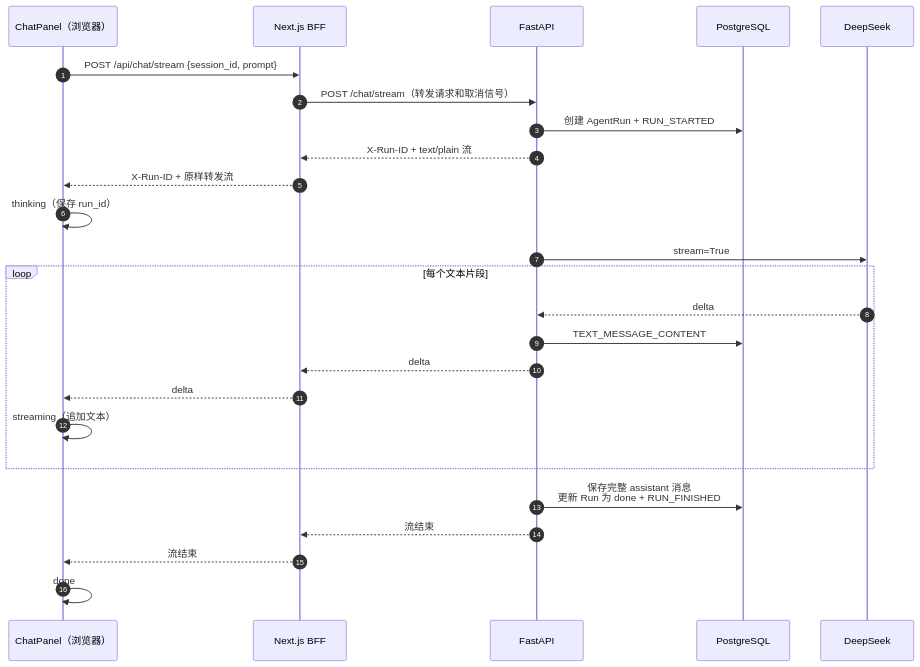
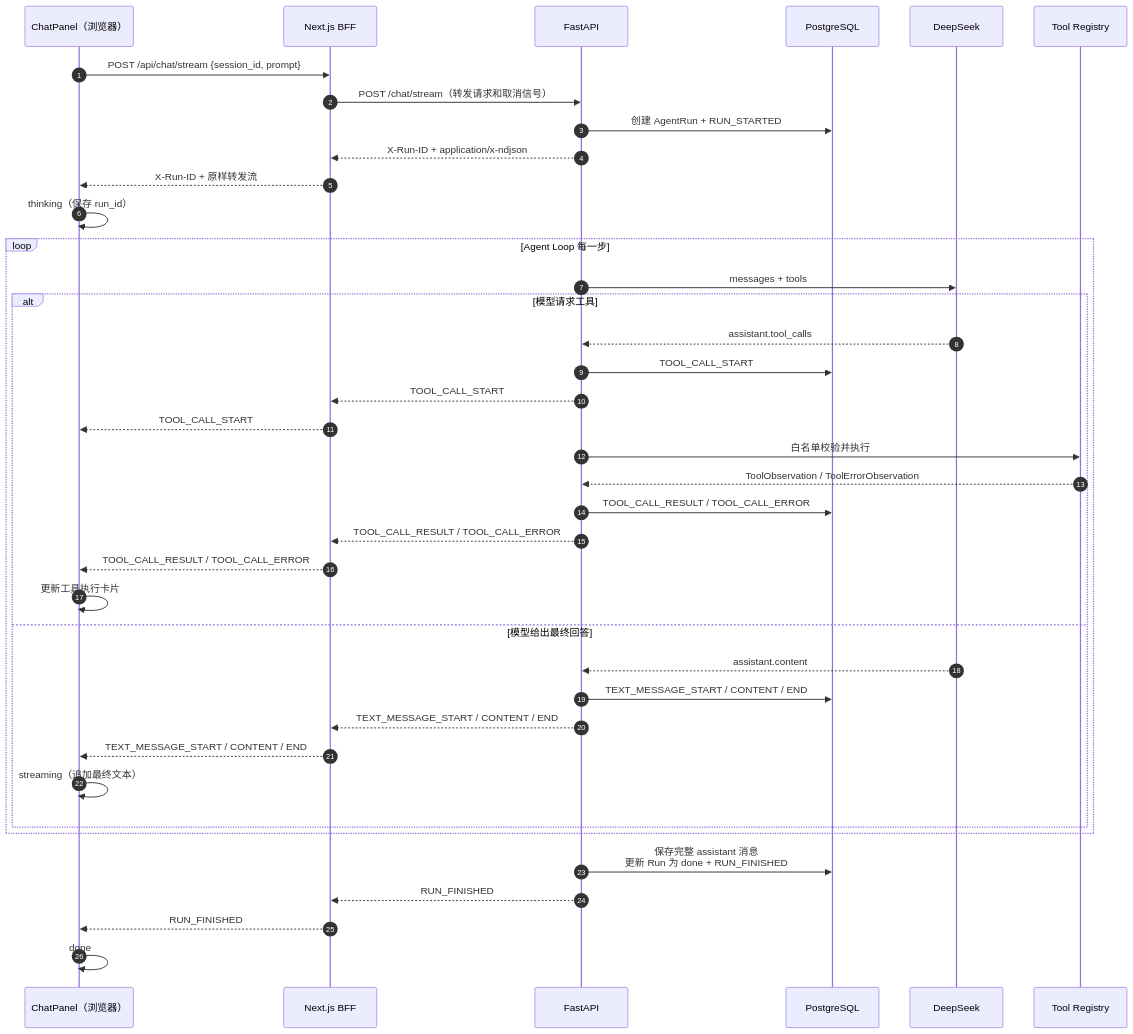
One commit to wxc4234/ai-agent-learning-lab changed the second of 5 diagrams in docs/architecture.md. Above: the diagram before and after it, drawn with Mermaid. The commit also changed other lines of this file and 18 other files, not shown here.

Commit message:
feat: stream agent runtime events to chat UI

````diff
--- a/docs/architecture.md
+++ b/docs/architecture.md
@@ -26,30 +26,44 @@
 ```mermaid
 sequenceDiagram
     autonumber
     participant UI as ChatPanel（浏览器）
     participant BFF as Next.js BFF
     participant API as FastAPI
     participant DB as PostgreSQL
     participant LLM as DeepSeek
+    participant Tool as Tool Registry
 
     UI->>BFF: POST /api/chat/stream {session_id, prompt}
     BFF->>API: POST /chat/stream（转发请求和取消信号）
     API->>DB: 创建 AgentRun + RUN_STARTED
-    API-->>BFF: X-Run-ID + text/plain 流
+    API-->>BFF: X-Run-ID + application/x-ndjson
     BFF-->>UI: X-Run-ID + 原样转发流
     UI->>UI: thinking（保存 run_id）
 
-    API->>LLM: stream=True
-    loop 每个文本片段
-        LLM-->>API: delta
-        API->>DB: TEXT_MESSAGE_CONTENT
-        API-->>BFF: delta
-        BFF-->>UI: delta
-        UI->>UI: streaming（追加文本）
+    loop Agent Loop 每一步
+        API->>LLM: messages + tools
+        alt 模型请求工具
+            LLM-->>API: assistant.tool_calls
+            API->>DB: TOOL_CALL_START
+            API-->>BFF: TOOL_CALL_START
+            BFF-->>UI: TOOL_CALL_START
+            API->>Tool: 白名单校验并执行
+            Tool-->>API: ToolObservation / ToolErrorObservation
+            API->>DB: TOOL_CALL_RESULT / TOOL_CALL_ERROR
+            API-->>BFF: TOOL_CALL_RESULT / TOOL_CALL_ERROR
+            BFF-->>UI: TOOL_CALL_RESULT / TOOL_CALL_ERROR
+            UI->>UI: 更新工具执行卡片
+        else 模型给出最终回答
+            LLM-->>API: assistant.content
+            API->>DB: TEXT_MESSAGE_START / CONTENT / END
+            API-->>BFF: TEXT_MESSAGE_START / CONTENT / END
+            BFF-->>UI: TEXT_MESSAGE_START / CONTENT / END
+            UI->>UI: streaming（追加最终文本）
+        end
     end
 
     API->>DB: 保存完整 assistant 消息<br/>更新 Run 为 done + RUN_FINISHED
-    API-->>BFF: 流结束
-    BFF-->>UI: 流结束
+    API-->>BFF: RUN_FINISHED
+    BFF-->>UI: RUN_FINISHED
     UI->>UI: done
 ```
````
